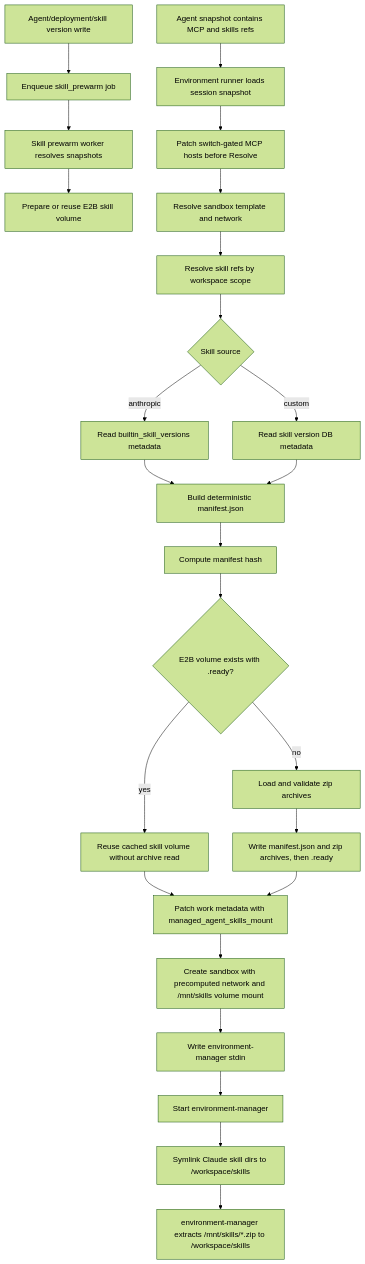
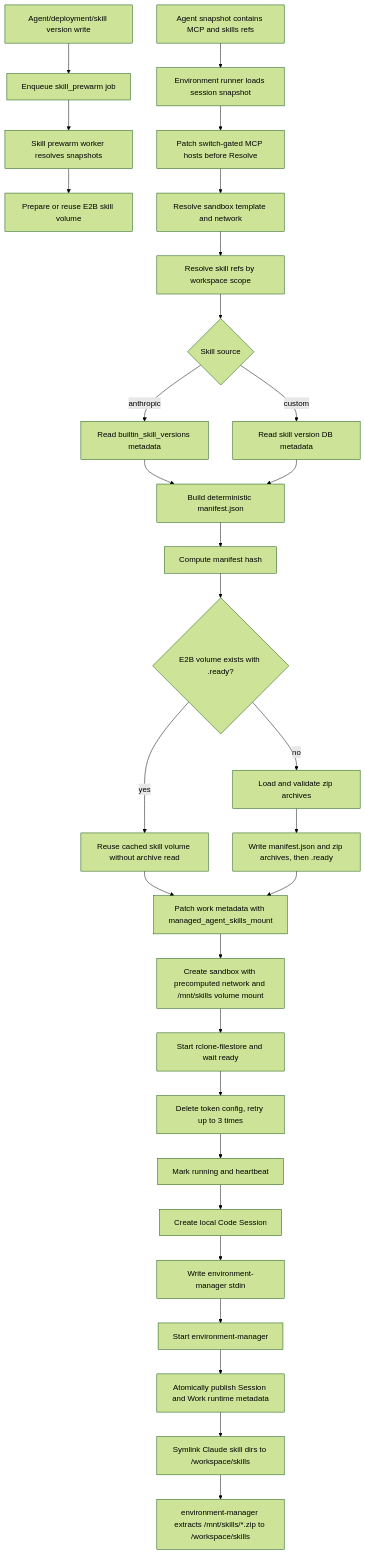
Before and after one commit to Postroggy/open-managed-agents: the diagram in docs/design/be/managed-agent-skills-runtime.md, drawn with Mermaid (forest theme). The commit also changed other lines of this file and 89 other files, not shown here.

First line of the commit message:
Add rclone-backed filestore support for E2B managed agents (#151)

````diff
--- a/docs/design/be/managed-agent-skills-runtime.md
+++ b/docs/design/be/managed-agent-skills-runtime.md
@@ -44,27 +45,32 @@
 ```mermaid
 flowchart TD
   Z["Agent/deployment/skill version write"] --> ZA["Enqueue skill_prewarm job"]
   ZA --> ZB["Skill prewarm worker resolves snapshots"]
   ZB --> ZC["Prepare or reuse E2B skill volume"]
   A["Agent snapshot contains MCP and skills refs"] --> B["Environment runner loads session snapshot"]
   B --> BA["Patch switch-gated MCP hosts before Resolve"]
   BA --> AA["Resolve sandbox template and network"]
   AA --> C["Resolve skill refs by workspace scope"]
   C --> D{"Skill source"}
   D -->|"anthropic"| E["Read builtin_skill_versions metadata"]
   D -->|"custom"| F["Read skill version DB metadata"]
   E --> H["Build deterministic manifest.json"]
   F --> H
   H --> I["Compute manifest hash"]
   I --> J{"E2B volume exists with .ready?"}
   J -->|"yes"| K["Reuse cached skill volume without archive read"]
   J -->|"no"| L["Load and validate zip archives"]
   L --> LA["Write manifest.json and zip archives, then .ready"]
   K --> M["Patch work metadata with managed_agent_skills_mount"]
   LA --> M
   M --> N["Create sandbox with precomputed network and /mnt/skills volume mount"]
-  N --> O["Write environment-manager stdin"]
+  N --> NA["Start rclone-filestore and wait ready"]
+  NA --> NB["Delete token config, retry up to 3 times"]
+  NB --> NC["Mark running and heartbeat"]
+  NC --> ND["Create local Code Session"]
+  ND --> O["Write environment-manager stdin"]
   O --> P["Start environment-manager"]
-  P --> Q["Symlink Claude skill dirs to /workspace/skills"]
+  P --> PA["Atomically publish Session and Work runtime metadata"]
+  PA --> Q["Symlink Claude skill dirs to /workspace/skills"]
   Q --> R["environment-manager extracts /mnt/skills/*.zip to /workspace/skills"]
 ```
````
